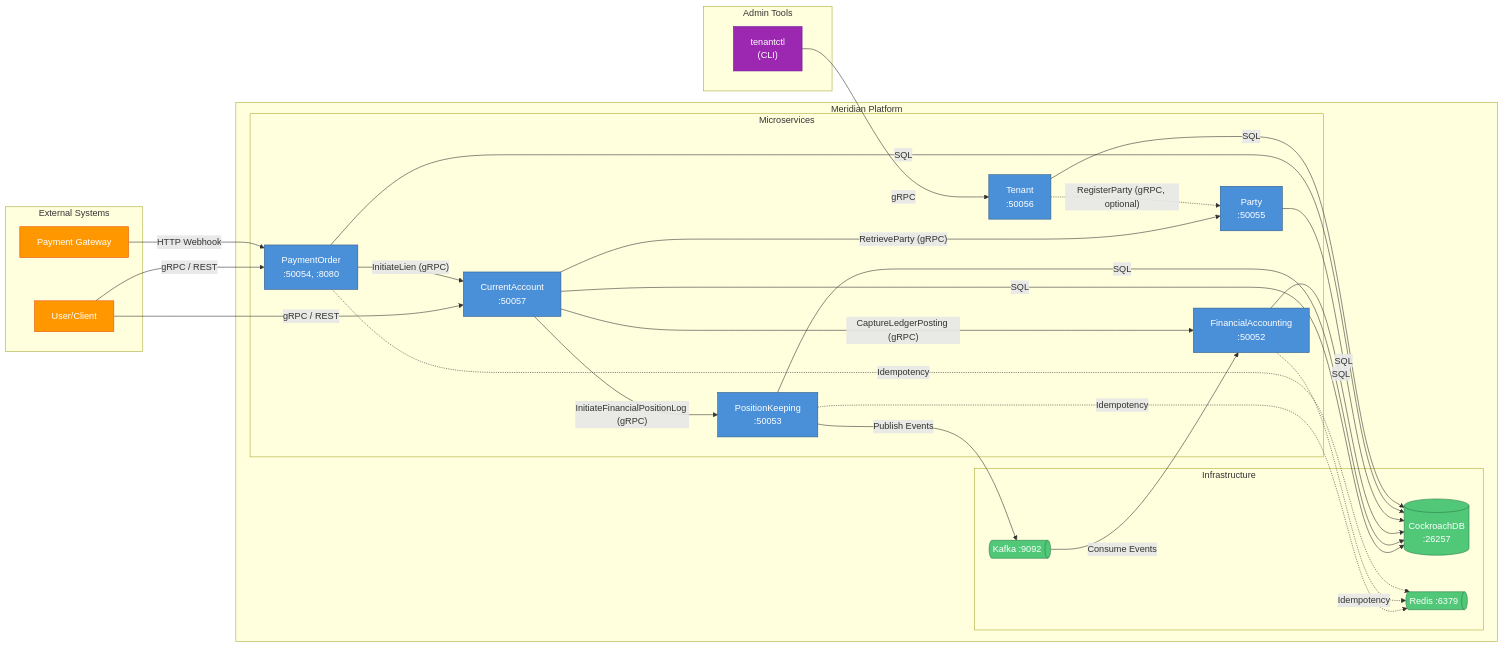
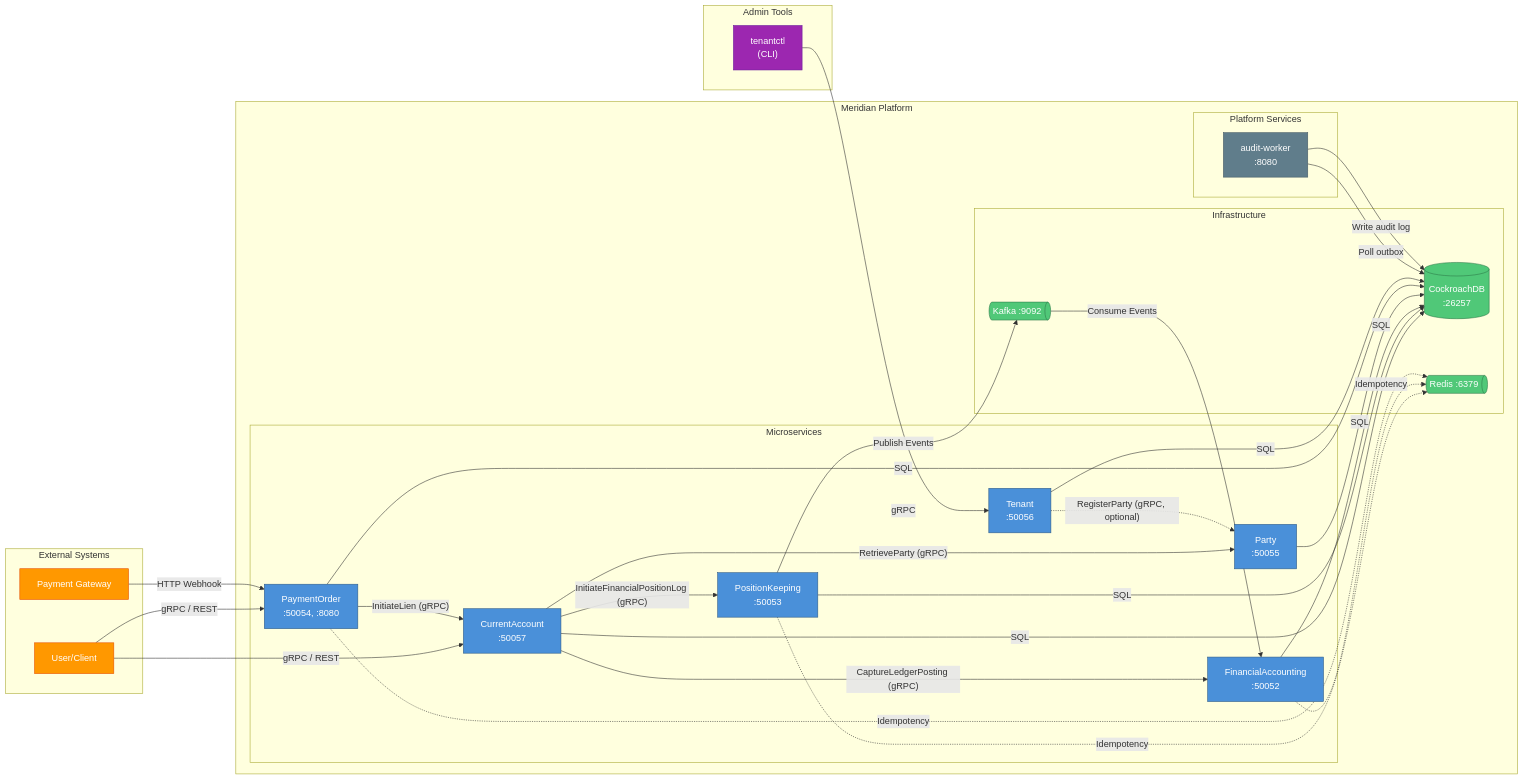
Before and after one commit to meridianhub/meridian: the diagram in services/README.md, drawn with Mermaid. The commit also changed other lines of this file and 19 other files, not shown here.

First line of the commit message:
refactor: Rename meridian service to audit-worker

````diff
--- a/services/README.md
+++ b/services/README.md
@@ -10,70 +10,80 @@
 ```mermaid
 flowchart LR
     subgraph External["External Systems"]
         User["User/Client"]
         Gateway["Payment Gateway"]
     end
 
     subgraph Admin["Admin Tools"]
         TenantCtl["tenantctl<br/>(CLI)"]
     end
 
     subgraph Platform["Meridian Platform"]
         subgraph Services["Microservices"]
             CA["CurrentAccount<br/>:50057"]
             PK["PositionKeeping<br/>:50053"]
             FA["FinancialAccounting<br/>:50052"]
             Party["Party<br/>:50055"]
             PO["PaymentOrder<br/>:50054, :8080"]
             Tenant["Tenant<br/>:50056"]
+        end
+
+        subgraph Platform_Services["Platform Services"]
+            AW["audit-worker<br/>:8080"]
         end
 
         subgraph Infrastructure["Infrastructure"]
             DB[("CockroachDB<br/>:26257")]
             Kafka@{ shape: das, label: "Kafka :9092" }
             Redis@{ shape: das, label: "Redis :6379" }
         end
     end
 
     %% Admin tool connections
     TenantCtl -->|"gRPC"| Tenant
 
     %% External connections
     User -->|"gRPC / REST"| CA
     User -->|"gRPC / REST"| PO
     Gateway -->|"HTTP Webhook"| PO
 
     %% gRPC inter-service calls
     CA -->|"RetrieveParty (gRPC)"| Party
     CA -->|"InitiateFinancialPositionLog (gRPC)"| PK
     CA -->|"CaptureLedgerPosting (gRPC)"| FA
     PO -->|"InitiateLien (gRPC)"| CA
     Tenant -.->|"RegisterParty (gRPC, optional)"| Party
 
     %% Kafka event streaming
     PK -->|"Publish Events"| Kafka
     Kafka -->|"Consume Events"| FA
 
     %% Database connections
     CA -->|"SQL"| DB
     PK -->|"SQL"| DB
     FA -->|"SQL"| DB
     Party -->|"SQL"| DB
     PO -->|"SQL"| DB
     Tenant -->|"SQL"| DB
 
     %% Redis (optional idempotency)
     PK -.->|"Idempotency"| Redis
     FA -.->|"Idempotency"| Redis
     PO -.->|"Idempotency"| Redis
 
+    %% audit-worker connections
+    AW -->|"Poll outbox"| DB
+    AW -->|"Write audit log"| DB
+
     classDef service fill:#4a90d9,stroke:#2d5a87,color:#fff
+    classDef platform fill:#607d8b,stroke:#455a64,color:#fff
     classDef storage fill:#50c878,stroke:#2d7a4a,color:#fff
     classDef external fill:#ff9800,stroke:#e65100,color:#fff
     classDef admin fill:#9c27b0,stroke:#6a1b9a,color:#fff
 
     class CA,PK,FA,Party,PO,Tenant service
+    class AW platform
     class DB,Kafka,Redis storage
     class User,Gateway external
     class TenantCtl admin
 ```
````
